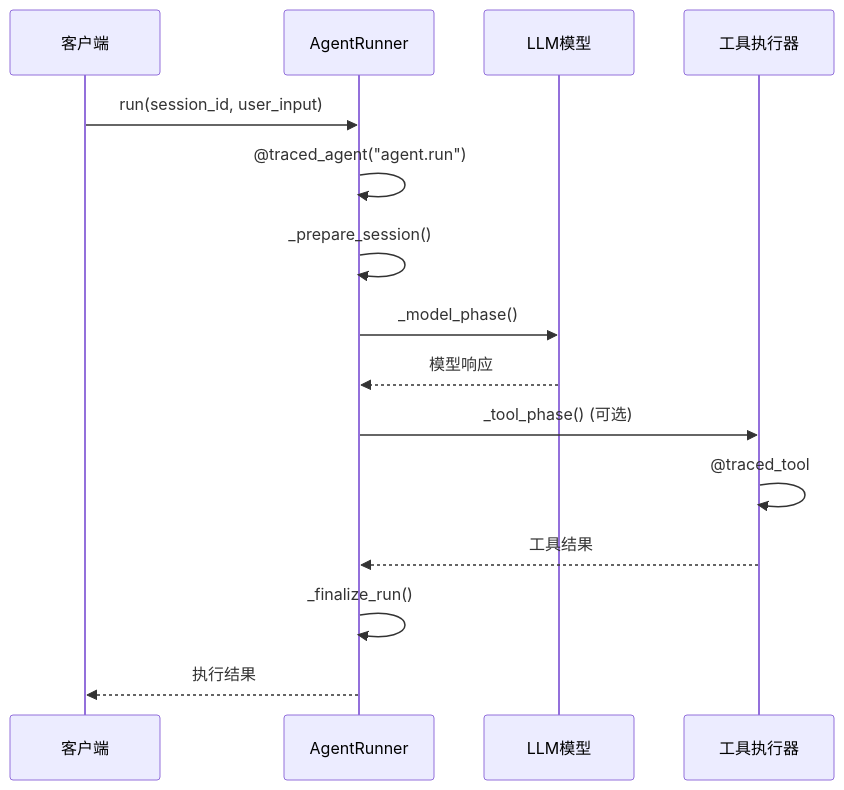
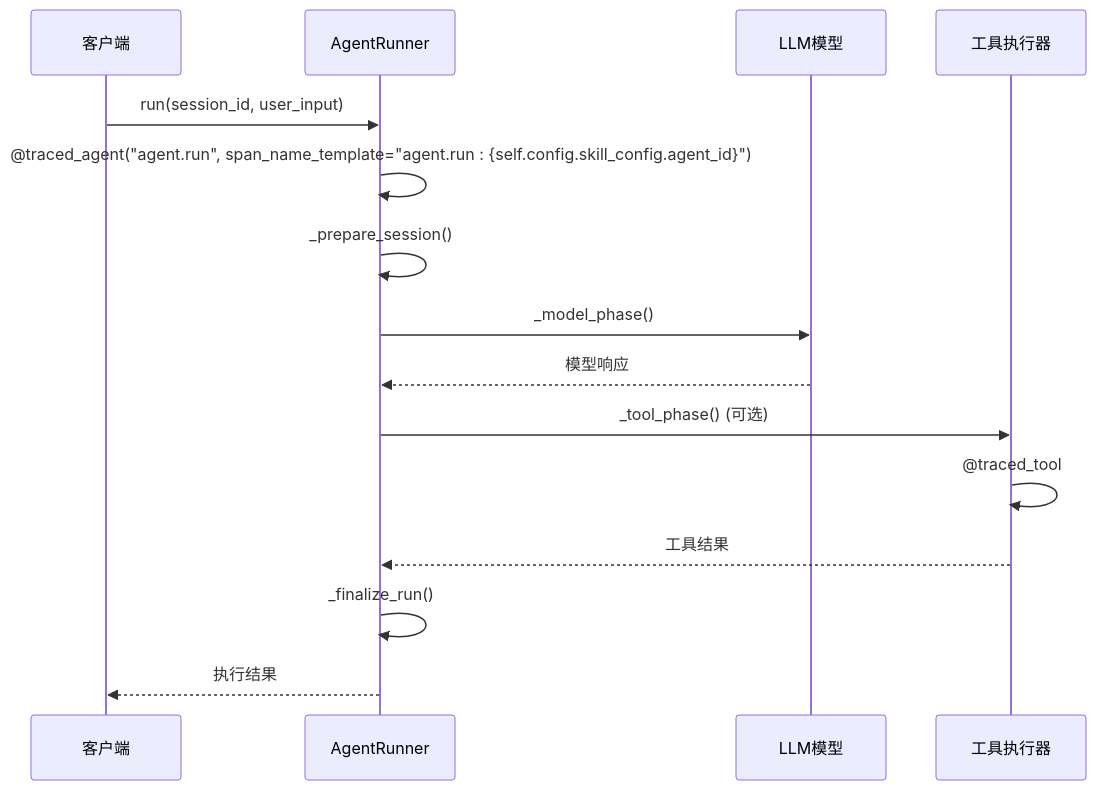
Before and after one commit to YU-JI-KUI/ark-agentic: the eighth of 9 diagrams in repowiki/zh/content/核心框架/追踪装饰器.md, drawn with Mermaid. The commit also changed other lines of this file and 6 other files, not shown here.

Commit message:
update doc and add mermaid js

````diff
--- a/repowiki/zh/content/核心框架/追踪装饰器.md
+++ b/repowiki/zh/content/核心框架/追踪装饰器.md
@@ -257,17 +320,17 @@
 ```mermaid
 sequenceDiagram
 participant Client as 客户端
 participant Runner as AgentRunner
 participant Model as LLM模型
 participant Tools as 工具执行器
 Client->>Runner : run(session_id, user_input)
-Runner->>Runner : @traced_agent("agent.run")
+Runner->>Runner : @traced_agent("agent.run", span_name_template="agent.run : {self.config.skill_config.agent_id}")
 Runner->>Runner : _prepare_session()
 Runner->>Model : _model_phase()
 Model-->>Runner : 模型响应
 Runner->>Tools : _tool_phase() (可选)
 Tools->>Tools : @traced_tool
 Tools-->>Runner : 工具结果
 Runner->>Runner : _finalize_run()
 Runner-->>Client : 执行结果
 ```
````
